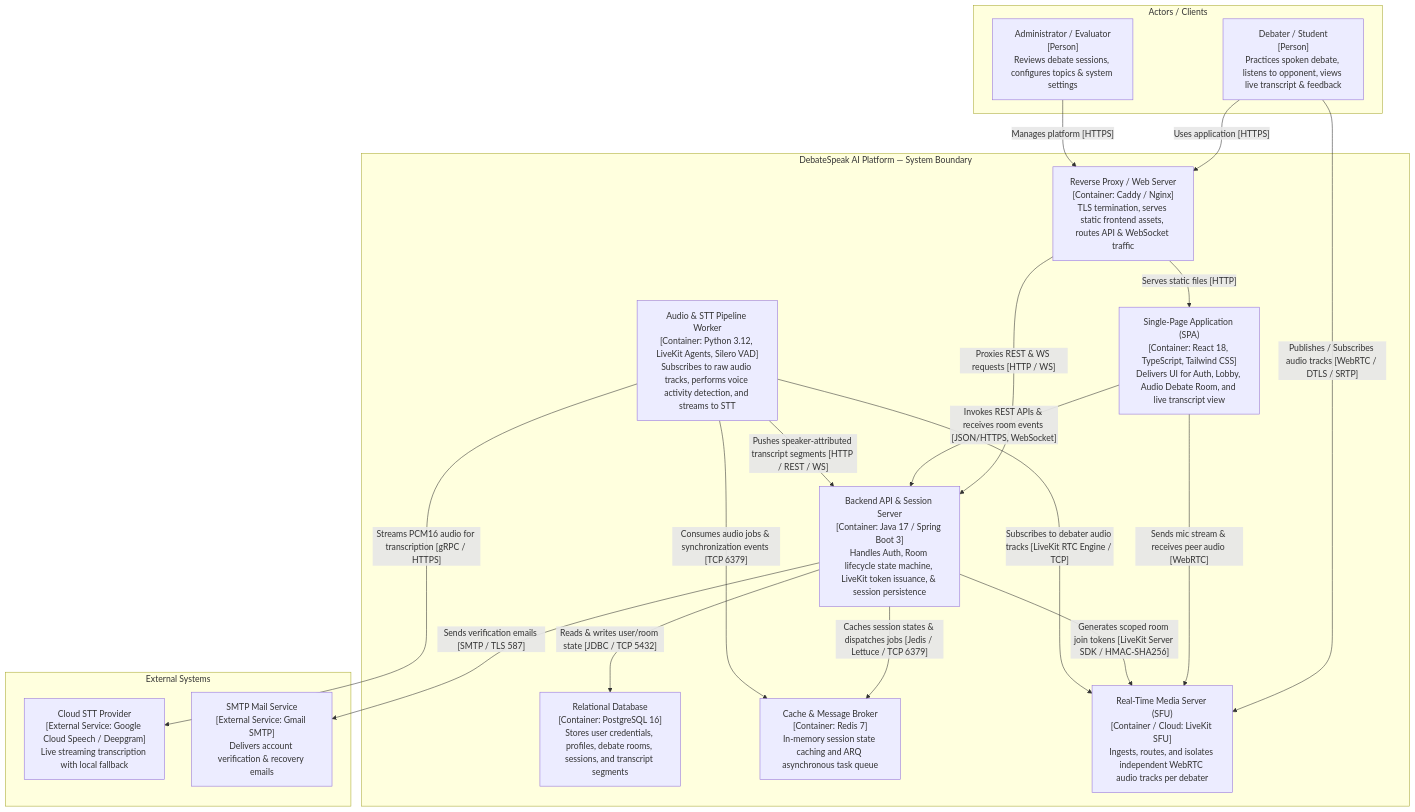
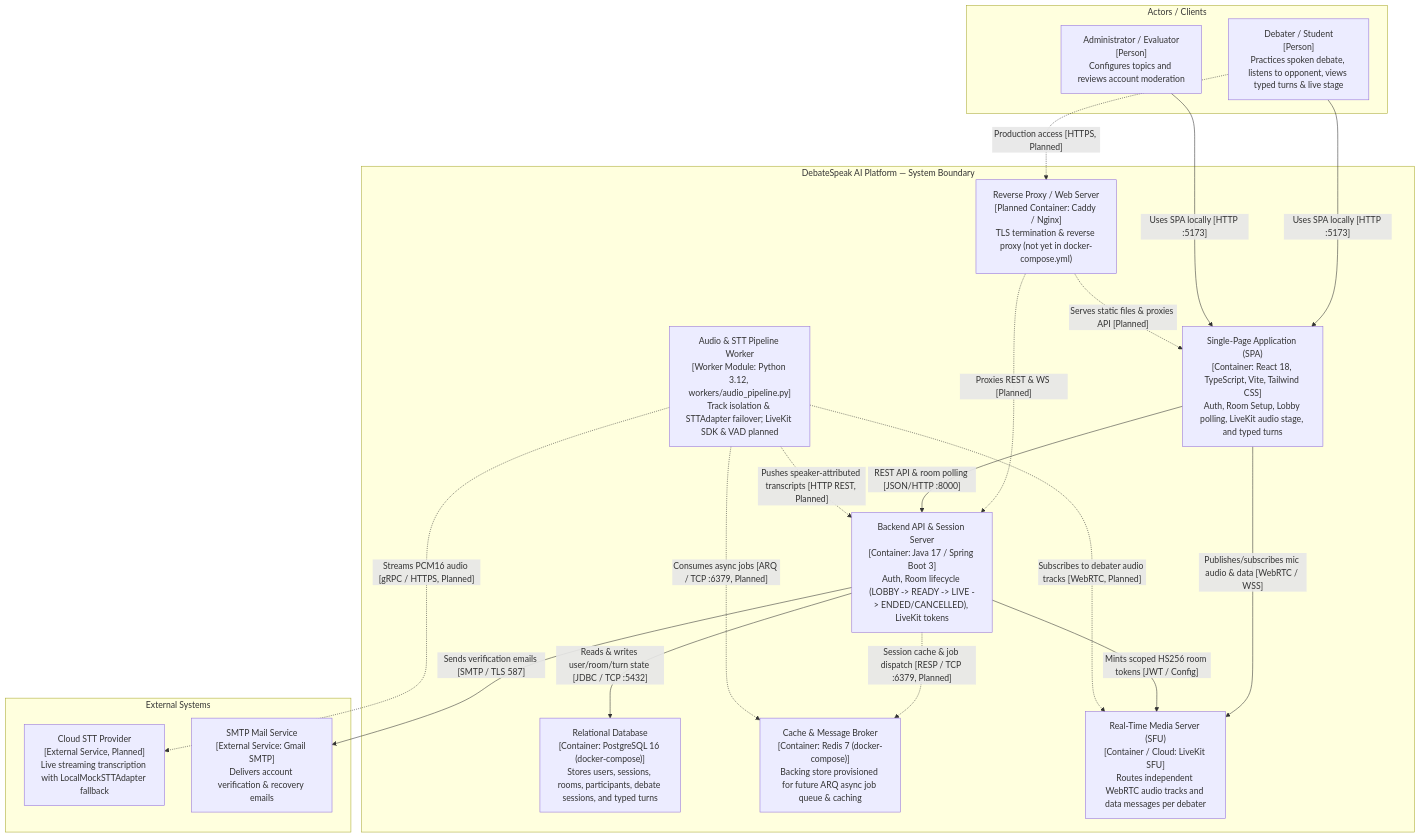
One commit to nguyendinhthienloc/DebateSpeak changed the diagram in docs/pa4/ARCHITECTURE_C4_CONTAINER.md. Above: the diagram before and after it, drawn with Mermaid. The commit also changed other lines of this file and 4 other files, not shown here.

Commit message:
fix(pa4): update C4 Container diagram, build PDF, and fix RoomService/port 5432

````diff
--- a/docs/pa4/ARCHITECTURE_C4_CONTAINER.md
+++ b/docs/pa4/ARCHITECTURE_C4_CONTAINER.md
@@ -20,50 +20,51 @@
 ```mermaid
 graph TB
     subgraph Users ["Actors / Clients"]
-        Debater["Debater / Student<br/>[Person]<br/>Practices spoken debate, listens to opponent, views live transcript & feedback"]
-        Admin["Administrator / Evaluator<br/>[Person]<br/>Reviews debate sessions, configures topics & system settings"]
+        Debater["Debater / Student<br/>[Person]<br/>Practices spoken debate, listens to opponent, views typed turns & live stage"]
+        Admin["Administrator / Evaluator<br/>[Person]<br/>Configures topics and reviews account moderation"]
     end
 
     subgraph DebateSpeakSystem ["DebateSpeak AI Platform — System Boundary"]
-        ReverseProxy["Reverse Proxy / Web Server<br/>[Container: Caddy / Nginx]<br/>TLS termination, serves static frontend assets, routes API & WebSocket traffic"]
-        
-        WebApp["Single-Page Application (SPA)<br/>[Container: React 18, TypeScript, Tailwind CSS]<br/>Delivers UI for Auth, Lobby, Audio Debate Room, and live transcript view"]
-        
-        BackendAPI["Backend API & Session Server<br/>[Container: Java 17 / Spring Boot 3]<br/>Handles Auth, Room lifecycle state machine, LiveKit token issuance, & session persistence"]
-        
-        Database["Relational Database<br/>[Container: PostgreSQL 16]<br/>Stores user credentials, profiles, debate rooms, sessions, and transcript segments"]
-        
-        CacheQueue["Cache & Message Broker<br/>[Container: Redis 7]<br/>In-memory session state caching and ARQ asynchronous task queue"]
-        
-        MediaSFU["Real-Time Media Server (SFU)<br/>[Container / Cloud: LiveKit SFU]<br/>Ingests, routes, and isolates independent WebRTC audio tracks per debater"]
-        
-        AudioWorker["Audio & STT Pipeline Worker<br/>[Container: Python 3.12, LiveKit Agents, Silero VAD]<br/>Subscribes to raw audio tracks, performs voice activity detection, and streams to STT"]
+        ReverseProxy["Reverse Proxy / Web Server<br/>[Planned Container: Caddy / Nginx]<br/>TLS termination & reverse proxy (not yet in docker-compose.yml)"]
+
+        WebApp["Single-Page Application (SPA)<br/>[Container: React 18, TypeScript, Vite, Tailwind CSS]<br/>Auth, Room Setup, Lobby polling, LiveKit audio stage, and typed turns"]
+
+        BackendAPI["Backend API & Session Server<br/>[Container: Java 17 / Spring Boot 3]<br/>Auth, Room lifecycle (LOBBY -> READY -> LIVE -> ENDED/CANCELLED), LiveKit tokens"]
+
+        Database["Relational Database<br/>[Container: PostgreSQL 16 (docker-compose)]<br/>Stores users, sessions, rooms, participants, debate sessions, and typed turns"]
+
+        CacheQueue["Cache & Message Broker<br/>[Container: Redis 7 (docker-compose)]<br/>Backing store provisioned for future ARQ async job queue & caching"]
+
+        MediaSFU["Real-Time Media Server (SFU)<br/>[Container / Cloud: LiveKit SFU]<br/>Routes independent WebRTC audio tracks and data messages per debater"]
+
+        AudioWorker["Audio & STT Pipeline Worker<br/>[Worker Module: Python 3.12, workers/audio_pipeline.py]<br/>Track isolation & STTAdapter failover; LiveKit SDK & VAD planned"]
     end
 
     subgraph ExternalServices ["External Systems"]
-        CloudSTT["Cloud STT Provider<br/>[External Service: Google Cloud Speech / Deepgram]<br/>Live streaming transcription with local fallback"]
+        CloudSTT["Cloud STT Provider<br/>[External Service, Planned]<br/>Live streaming transcription with LocalMockSTTAdapter fallback"]
         EmailService["SMTP Mail Service<br/>[External Service: Gmail SMTP]<br/>Delivers account verification & recovery emails"]
     end
 
     %% User Interactions
-    Debater -->|"Uses application [HTTPS]"| ReverseProxy
-    Admin -->|"Manages platform [HTTPS]"| ReverseProxy
-    Debater -->|"Publishes / Subscribes audio tracks [WebRTC / DTLS / SRTP]"| MediaSFU
-    ReverseProxy -->|"Serves static files [HTTP]"| WebApp
-    ReverseProxy -->|"Proxies REST & WS requests [HTTP / WS]"| BackendAPI
-    WebApp -->|"Invokes REST APIs & receives room events [JSON/HTTPS, WebSocket]"| BackendAPI
-    WebApp -->|"Sends mic stream & receives peer audio [WebRTC]"| MediaSFU
+    Debater -->|"Uses SPA locally [HTTP :5173]"| WebApp
+    Admin -->|"Uses SPA locally [HTTP :5173]"| WebApp
+    Debater -.->|"Production access [HTTPS, Planned]"| ReverseProxy
+    ReverseProxy -.->|"Serves static files & proxies API [Planned]"| WebApp
+    ReverseProxy -.->|"Proxies REST & WS [Planned]"| BackendAPI
+
+    WebApp -->|"REST API & room polling [JSON/HTTP :8000]"| BackendAPI
+    WebApp -->|"Publishes/subscribes mic audio & data [WebRTC / WSS]"| MediaSFU
 
     %% Internal Container Communication
-    BackendAPI -->|"Reads & writes user/room state [JDBC / TCP 5432]"| Database
-    BackendAPI -->|"Caches session states & dispatches jobs [Jedis / Lettuce / TCP 6379]"| CacheQueue
-    BackendAPI -->|"Generates scoped room join tokens [LiveKit Server SDK / HMAC-SHA256]"| MediaSFU
-    
-    AudioWorker -->|"Consumes audio jobs & synchronization events [TCP 6379]"| CacheQueue
-    AudioWorker -->|"Subscribes to debater audio tracks [LiveKit RTC Engine / TCP]"| MediaSFU
-    AudioWorker -->|"Streams PCM16 audio for transcription [gRPC / HTTPS]"| CloudSTT
-    AudioWorker -->|"Pushes speaker-attributed transcript segments [HTTP / REST / WS]"| BackendAPI
+    BackendAPI -->|"Reads & writes user/room/turn state [JDBC / TCP :5432]"| Database
+    BackendAPI -.->|"Session cache & job dispatch [RESP / TCP :6379, Planned]"| CacheQueue
+    BackendAPI -->|"Mints scoped HS256 room tokens [JWT / Config]"| MediaSFU
+
+    AudioWorker -.->|"Consumes async jobs [ARQ / TCP :6379, Planned]"| CacheQueue
+    AudioWorker -.->|"Subscribes to debater audio tracks [WebRTC, Planned]"| MediaSFU
+    AudioWorker -.->|"Streams PCM16 audio [gRPC / HTTPS, Planned]"| CloudSTT
+    AudioWorker -.->|"Pushes speaker-attributed transcripts [HTTP REST, Planned]"| BackendAPI
 
     %% External Communications
     BackendAPI -->|"Sends verification emails [SMTP / TLS 587]"| EmailService
 ```
````
